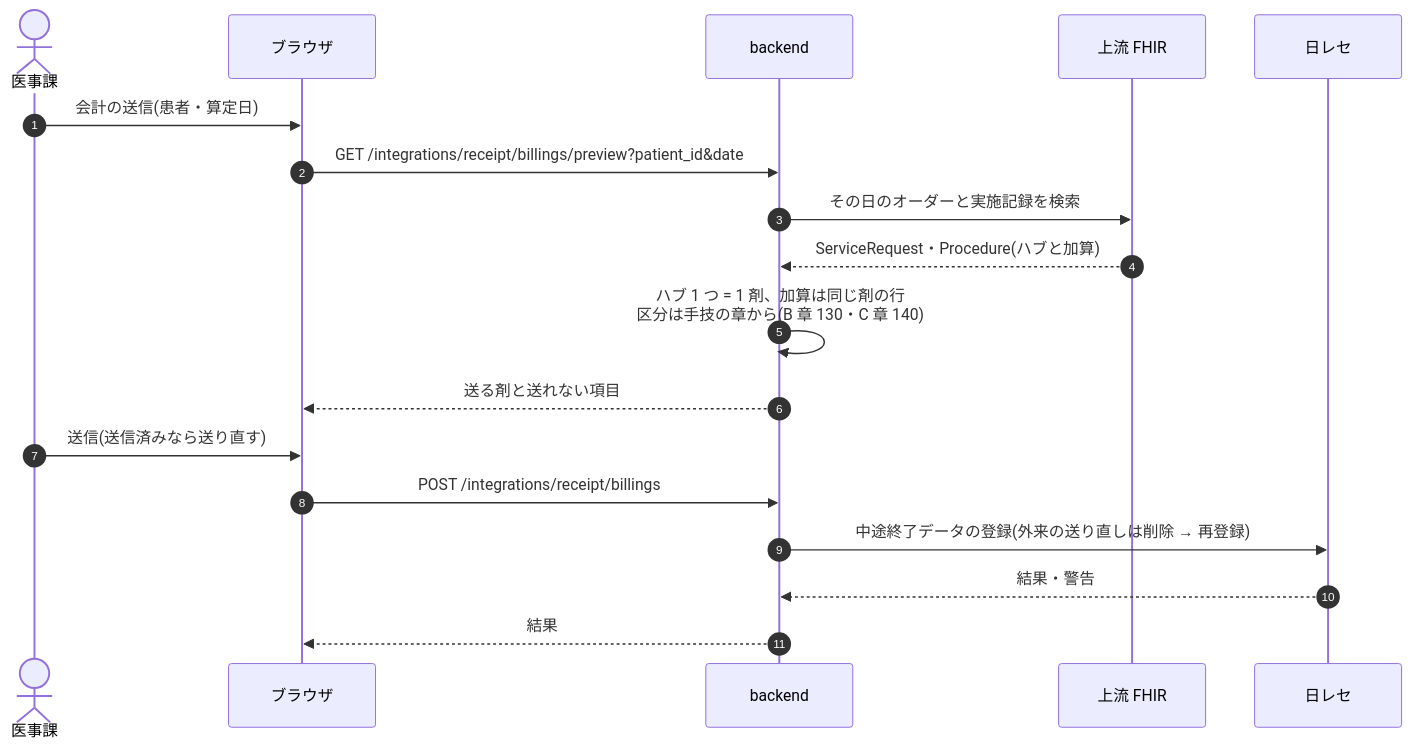
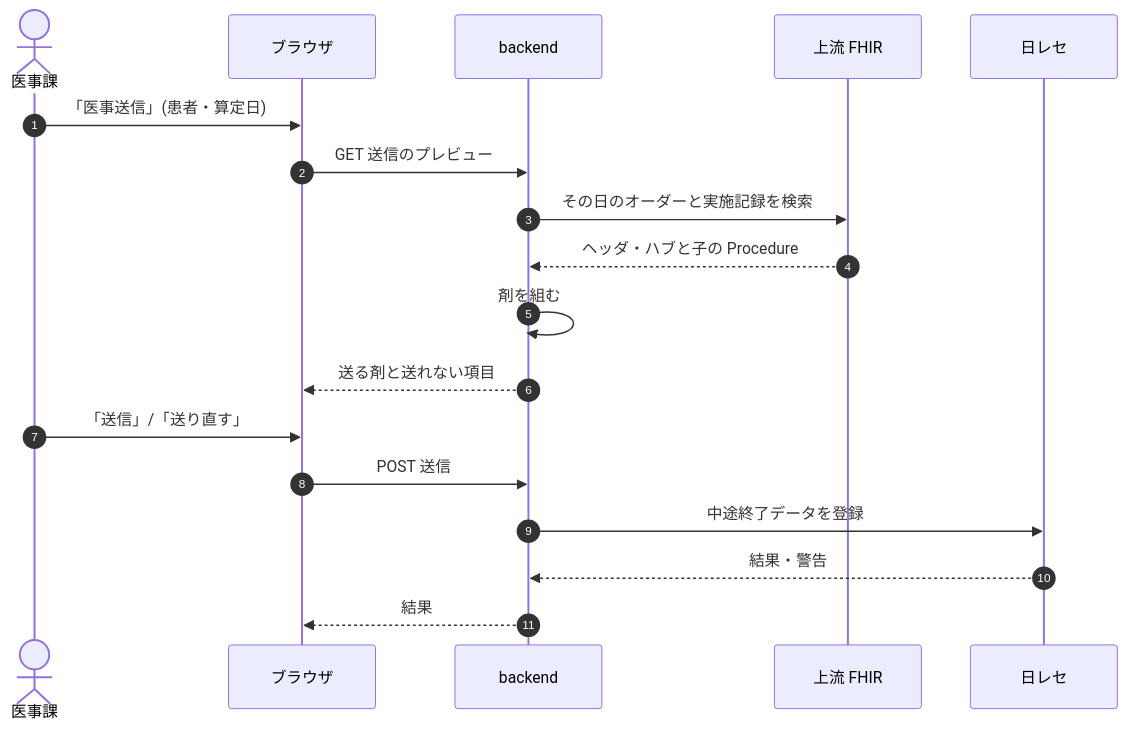
The fourth of 4 diagrams in docs/dev/medical-management.md (ysnr-dev/fhir-client-docs), drawn with Mermaid before and after one commit. The commit also changed other lines of this file and 43 other files, not shown here.

Commit message:
docs: 業務フローとシーケンス図を写し直し

````diff
--- a/docs/dev/medical-management.md
+++ b/docs/dev/medical-management.md
@@ -116,21 +198,21 @@
 ```mermaid
 sequenceDiagram
   autonumber
   actor Clerk as 医事課
   participant UI as ブラウザ
   participant BE as backend
   participant FHIR as 上流 FHIR
   participant ORCA as 日レセ
 
-  Clerk->>UI: 会計の送信(患者・算定日)
-  UI->>BE: GET /integrations/receipt/billings/preview?patient_id&date
+  Clerk->>UI: 「医事送信」(患者・算定日)
+  UI->>BE: GET 送信のプレビュー
   BE->>FHIR: その日のオーダーと実施記録を検索
-  FHIR-->>BE: ServiceRequest・Procedure(ハブと加算)
-  BE->>BE: ハブ 1 つ = 1 剤、加算は同じ剤の行<br/>区分は手技の章から(B 章 130・C 章 140)
+  FHIR-->>BE: ヘッダ・ハブと子の Procedure
+  BE->>BE: 剤を組む
   BE-->>UI: 送る剤と送れない項目
-  Clerk->>UI: 送信(送信済みなら送り直す)
-  UI->>BE: POST /integrations/receipt/billings
-  BE->>ORCA: 中途終了データの登録(外来の送り直しは削除 → 再登録)
+  Clerk->>UI: 「送信」/「送り直す」
+  UI->>BE: POST 送信
+  BE->>ORCA: 中途終了データを登録
   ORCA-->>BE: 結果・警告
   BE-->>UI: 結果
 ```
````
